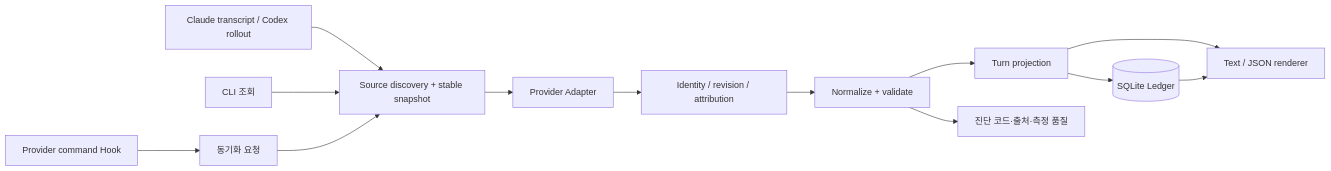
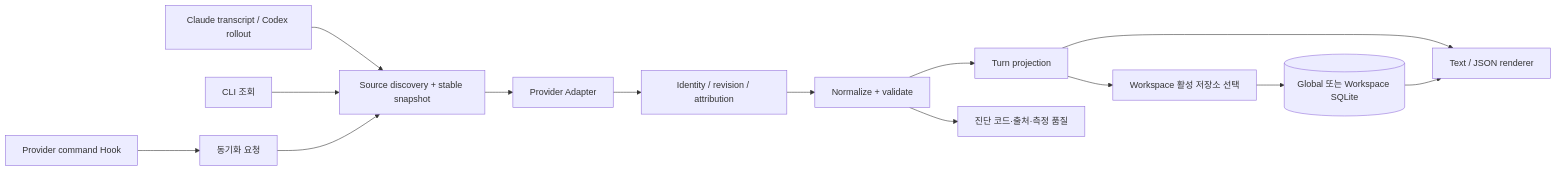
Before and after one commit to jaywapp/task-token-meter: the diagram in docs/prepare/architecture.md, drawn with Mermaid. The commit also changed other lines of this file and 3 other files, not shown here.

````diff
--- a/docs/prepare/architecture.md
+++ b/docs/prepare/architecture.md
@@ -9,15 +9,16 @@
 ```mermaid
 flowchart LR
     L[Claude transcript / Codex rollout] --> D[Source discovery + stable snapshot]
     H[Provider command Hook] --> Q[동기화 요청]
     C[CLI 조회] --> D
     Q --> D
     D --> A[Provider Adapter]
     A --> I[Identity / revision / attribution]
     I --> N[Normalize + validate]
     N --> R[Turn projection]
     R --> O[Text / JSON renderer]
-    R --> S[(SQLite Ledger)]
+    R --> W[Workspace 활성 저장소 선택]
+    W --> S[(Global 또는 Workspace SQLite)]
     S --> O
     N --> E[진단 코드·출처·측정 품질]
 ```
````
